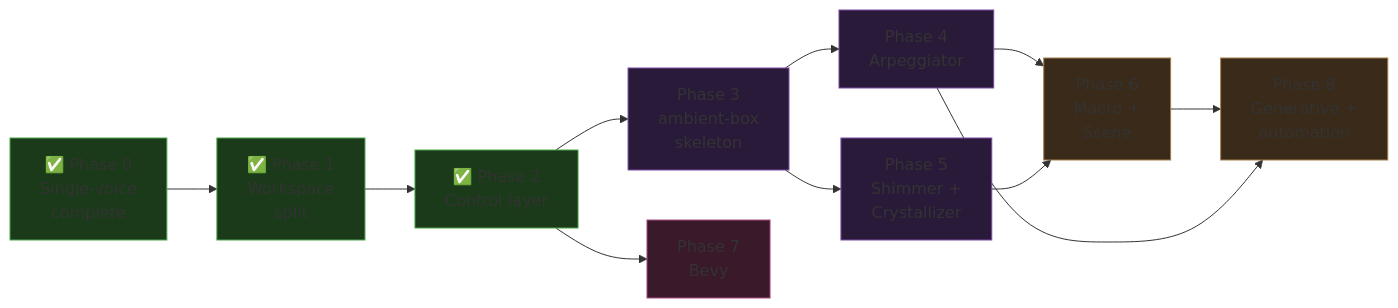
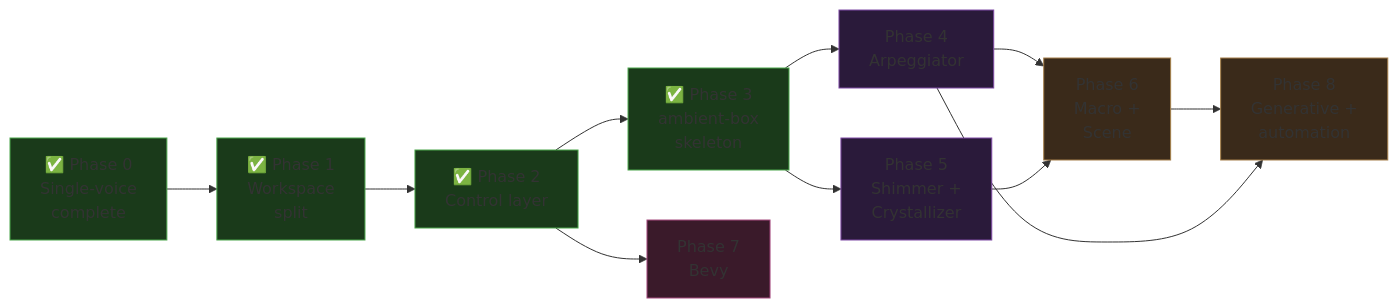
Before and after one commit to Ven7u/the_synth: diagram 14 of 16 in doc/ambient-architecture-proposal.md, drawn with Mermaid. The commit also changed other lines of this file, not shown here.

First line of the commit message:
doc: mark Phase 3 complete, update current state table

````diff
--- a/doc/ambient-architecture-proposal.md
+++ b/doc/ambient-architecture-proposal.md
@@ -1024,29 +1029,29 @@
 ```mermaid
 graph LR
     P0["✅ Phase 0\nSingle-voice\ncomplete"]
     P1["✅ Phase 1\nWorkspace\nsplit"]
     P2["✅ Phase 2\nControl layer"]
-    P3["Phase 3\nambient-box\nskeleton"]
+    P3["✅ Phase 3\nambient-box\nskeleton"]
     P4["Phase 4\nArpeggiator"]
     P5["Phase 5\nShimmer +\nCrystallizer"]
     P6["Phase 6\nMacro +\nScene"]
     P7["Phase 7\nBevy"]
     P8["Phase 8\nGenerative +\nautomation"]
 
     P0 --> P1 --> P2 --> P3
     P3 --> P4 & P5
     P4 & P5 --> P6
     P2 --> P7
     P6 --> P8
     P4 --> P8
 
     style P0 fill:#1a3a1a,stroke:#4aa54a
     style P1 fill:#1a3a1a,stroke:#4aa54a
     style P2 fill:#1a3a1a,stroke:#4aa54a
-    style P3 fill:#2a1a3a,stroke:#7f4aa5
+    style P3 fill:#1a3a1a,stroke:#4aa54a
     style P4 fill:#2a1a3a,stroke:#7f4aa5
     style P5 fill:#2a1a3a,stroke:#7f4aa5
     style P6 fill:#3a2a1a,stroke:#a57f4a
     style P7 fill:#3a1a2a,stroke:#a54a7f
     style P8 fill:#3a2a1a,stroke:#a57f4a
 ```
````
